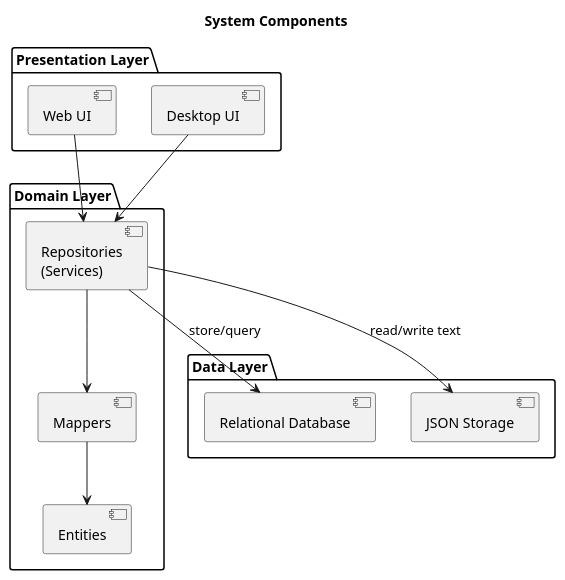
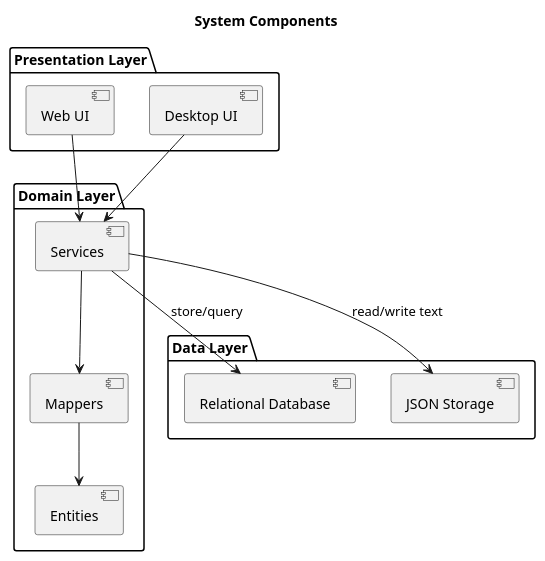
Before and after one commit to phatt-23/VIS-Project: the diagram in artifacts/plantuml-diagrams/component-diagram.plantuml, drawn with PlantUML. The commit also changed 180 other files, not shown here.

```diff
--- a/artifacts/plantuml-diagrams/component-diagram.plantuml
+++ b/artifacts/plantuml-diagrams/component-diagram.plantuml
@@ -1,28 +1,28 @@
 @startuml
 title System Components
 
 package "Presentation Layer" {
   [Web UI] as Web
   [Desktop UI] as Desktop
 }
 
 package "Domain Layer" {
   [Entities] as Ent
   [Mappers] as Map
-  [Repositories\n(Services)] as Repo
+  [Services] as Repo
 }
 
 package "Data Layer" {
   [Relational Database] as RDB
   [JSON Storage] as JSON
 }
 
 Web --> Repo
 Desktop --> Repo
 Repo --> Map
 Map --> Ent
 
 Repo --> RDB : store/query
 Repo --> JSON : read/write text
 
 @enduml
```
